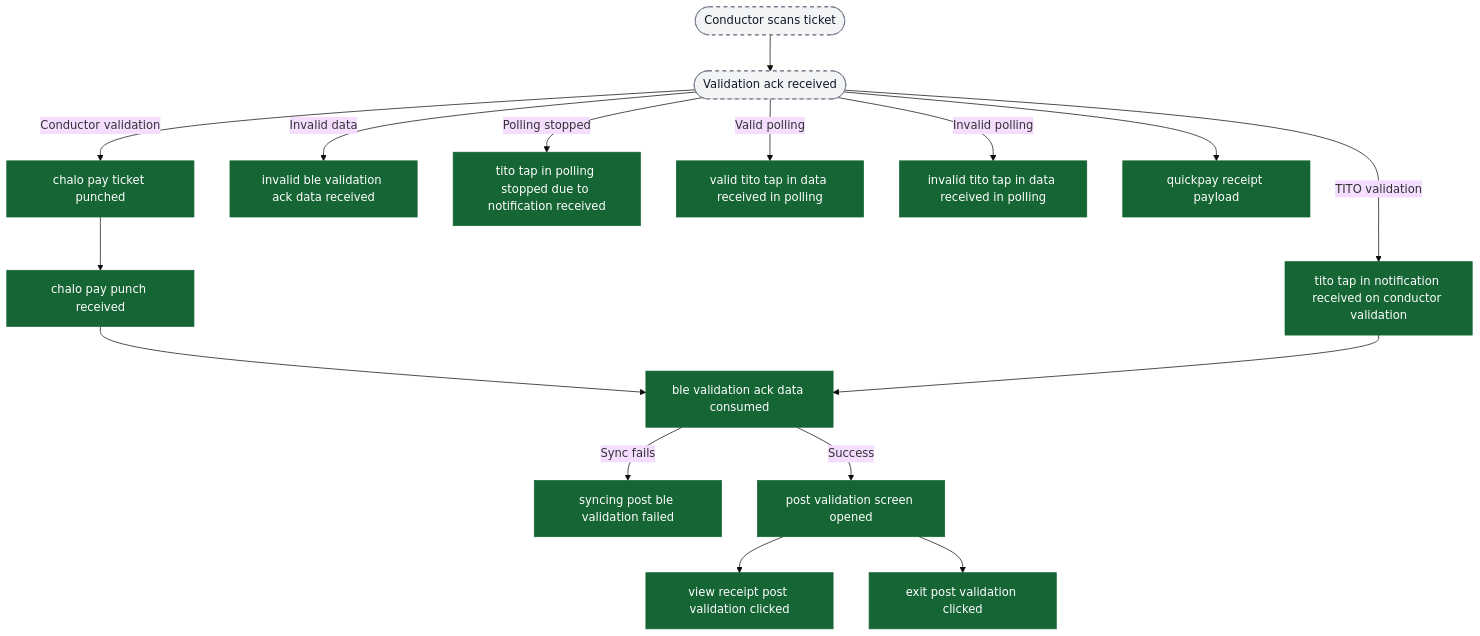
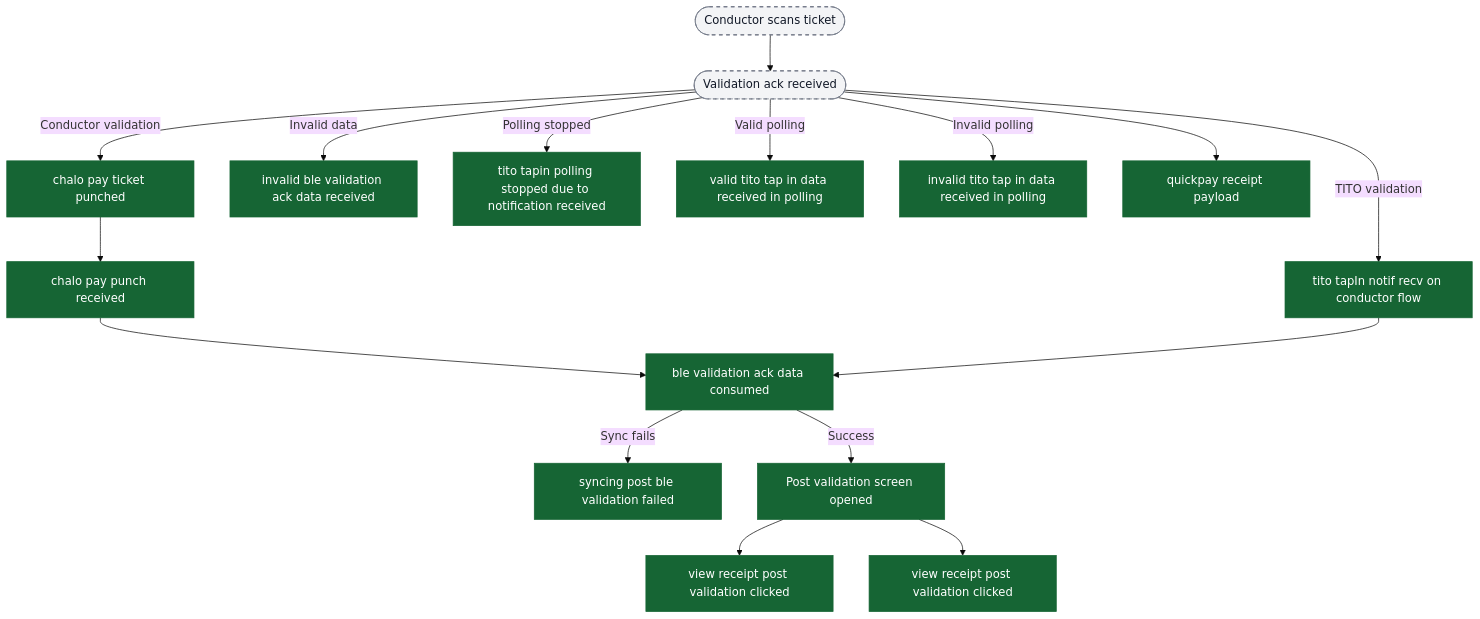
Before and after one commit to ratulsarna/chalo-app-dashboard: the fifth of 9 diagrams in content/analytics/quick-pay/flow-diagrams.md, drawn with Mermaid (base theme). The commit also changed other lines of this file and 6 other files, not shown here.

First line of the commit message:
Refactor metro and quick-pay analytics flow diagrams and events

````diff
--- a/content/analytics/quick-pay/flow-diagrams.md
+++ b/content/analytics/quick-pay/flow-diagrams.md
@@ -127,31 +127,31 @@
 ```mermaid
 flowchart TD
   ui_conductorScan([Conductor scans ticket]) --> ui_ackReceived([Validation ack received])
 
   ui_ackReceived -->|Conductor validation| ev_ticketPunched["chalo pay ticket punched"]
-  ui_ackReceived -->|TITO validation| ev_titoNotificationReceived["tito tap in notification received on conductor validation"]
+  ui_ackReceived -->|TITO validation| ev_titoNotificationReceived["tito tapIn notif recv on conductor flow"]
 
   ui_ackReceived -->|Invalid data| ev_invalidAckData["invalid ble validation ack data received"]
-  ui_ackReceived -->|Polling stopped| ev_pollingStoppedTito["tito tap in polling stopped due to notification received"]
+  ui_ackReceived -->|Polling stopped| ev_pollingStoppedTito["tito tapin polling stopped due to notification received"]
 
   ui_ackReceived -->|Valid polling| ev_validTitoPolling["valid tito tap in data received in polling"]
   ui_ackReceived -->|Invalid polling| ev_invalidTitoPolling["invalid tito tap in data received in polling"]
 
   ui_ackReceived --> ev_receiptPayload["quickpay receipt payload"]
   ev_ticketPunched --> ev_punchReceived["chalo pay punch received"]
   ev_punchReceived --> ev_ackConsumed["ble validation ack data consumed"]
   ev_titoNotificationReceived --> ev_ackConsumed
 
   ev_ackConsumed -->|Sync fails| ev_syncFailed["syncing post ble validation failed"]
-  ev_ackConsumed -->|Success| ev_postValidationOpened["post validation screen opened"]
+  ev_ackConsumed -->|Success| ev_postValidationOpened["Post validation screen opened"]
 
   ev_postValidationOpened --> ev_viewReceiptClicked["view receipt post validation clicked"]
-  ev_postValidationOpened --> ev_exitClicked["exit post validation clicked"]
+  ev_postValidationOpened --> ev_exitClicked["view receipt post validation clicked"]
 
   classDef event fill:#166534,stroke:#166534,color:#ffffff;
   classDef ui fill:#f3f4f6,stroke:#6b7280,stroke-dasharray: 5 5,color:#111827;
   classDef external fill:#ffffff,stroke:#6b7280,stroke-dasharray: 3 3,color:#111827;
 
   class ev_ticketPunched,ev_punchReceived,ev_titoNotificationReceived,ev_invalidAckData,ev_pollingStoppedTito,ev_validTitoPolling,ev_invalidTitoPolling,ev_receiptPayload,ev_ackConsumed,ev_syncFailed,ev_postValidationOpened,ev_viewReceiptClicked,ev_exitClicked event;
   class ui_conductorScan,ui_ackReceived ui;
 ```
````
